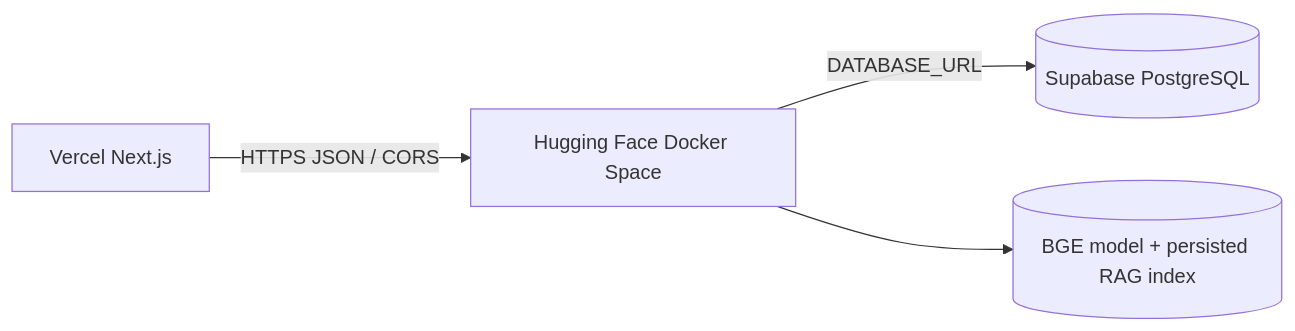
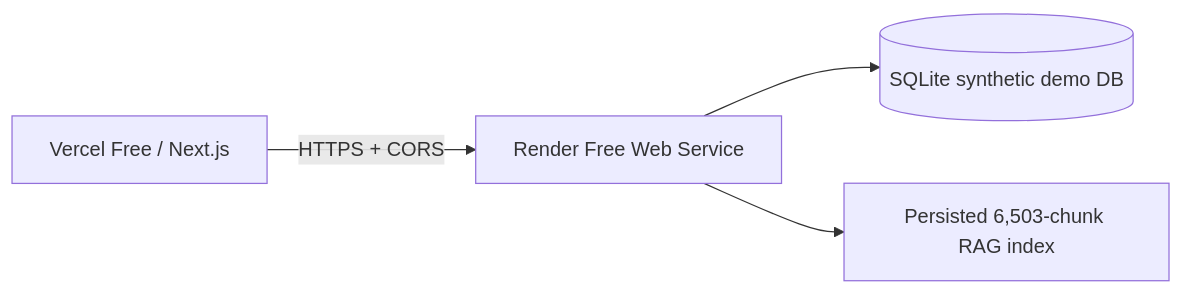
Before and after one commit to ratishoberoi/property-intelligence: the diagram in docs/DEPLOYMENT_PLAN.md, drawn with Mermaid. The commit also changed other lines of this file and 12 other files, not shown here.

````diff
--- a/docs/DEPLOYMENT_PLAN.md
+++ b/docs/DEPLOYMENT_PLAN.md
@@ -10,6 +5,6 @@
 ```mermaid
 flowchart LR
-  Browser[Vercel Next.js] -->|HTTPS JSON / CORS| HF[Hugging Face Docker Space]
-  HF -->|DATABASE_URL| Supabase[(Supabase PostgreSQL)]
-  HF --> Models[(BGE model + persisted RAG index)]
+  Browser[Vercel Free / Next.js] -->|HTTPS + CORS| Render[Render Free Web Service]
+  Render --> SQLite[(SQLite synthetic demo DB)]
+  Render --> Index[Persisted 6,503-chunk RAG index]
 ```
````
